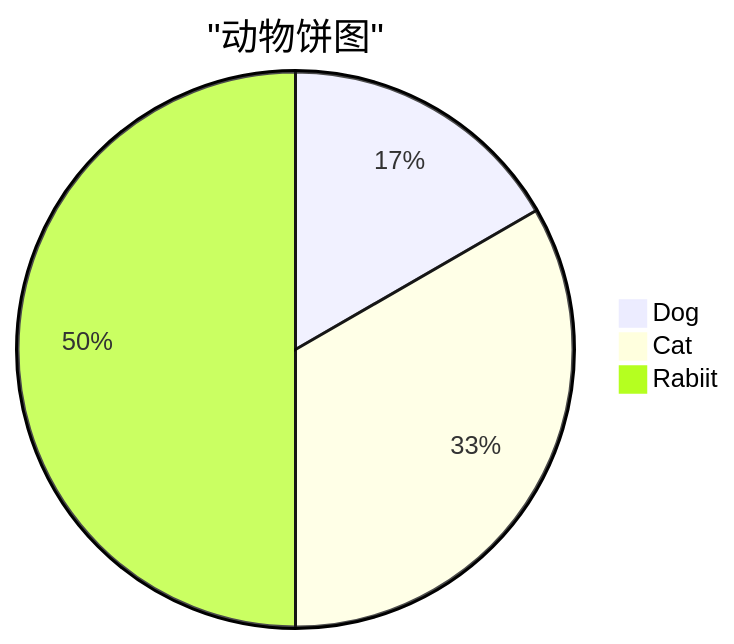
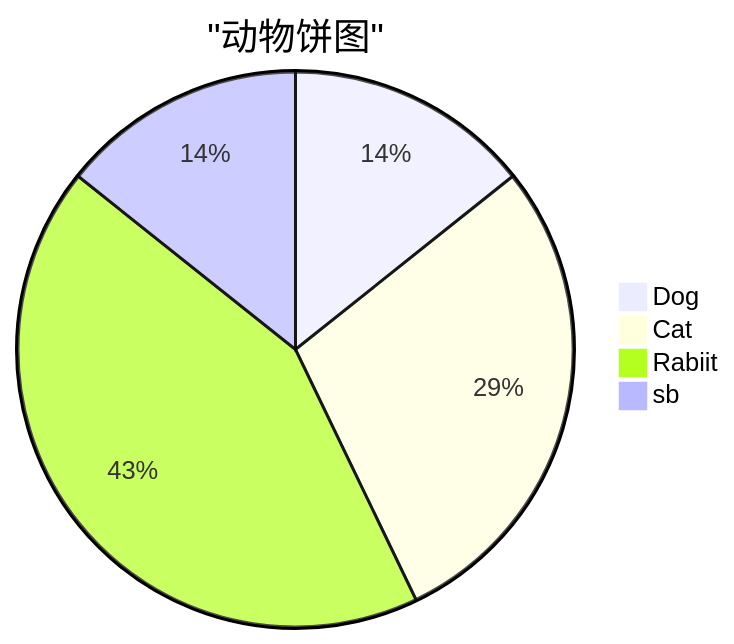
The third of 4 diagrams in _posts/2023-05-23-markdown-template.md (zcsee/zcsee.github.io), drawn with Mermaid before and after one commit. The commit also changed other lines of this file and 1 other file, not shown here.

````diff
--- a/_posts/2023-05-23-markdown-template.md
+++ b/_posts/2023-05-23-markdown-template.md
@@ -60,6 +60,7 @@
 ```mermaid
 pie title "动物饼图"
     "Dog": 1
     "Cat": 2
     "Rabiit": 3
+    "sb": 1
 ```
````
